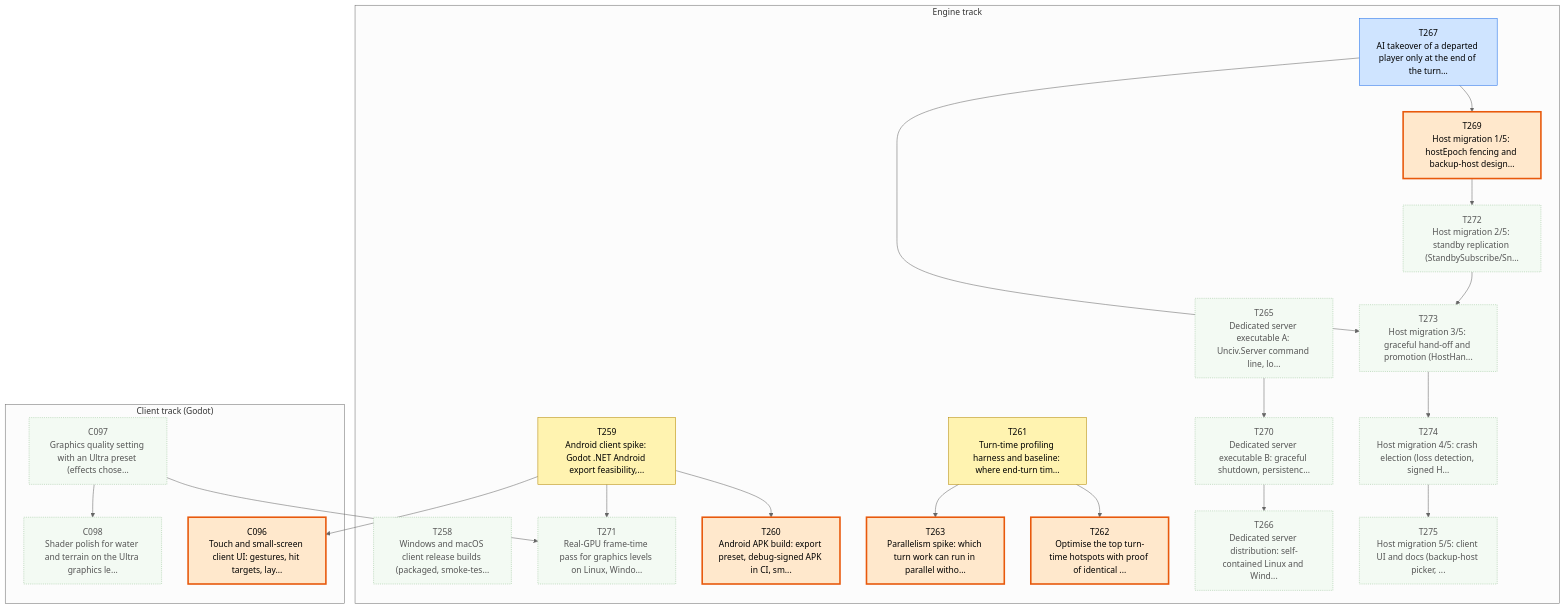
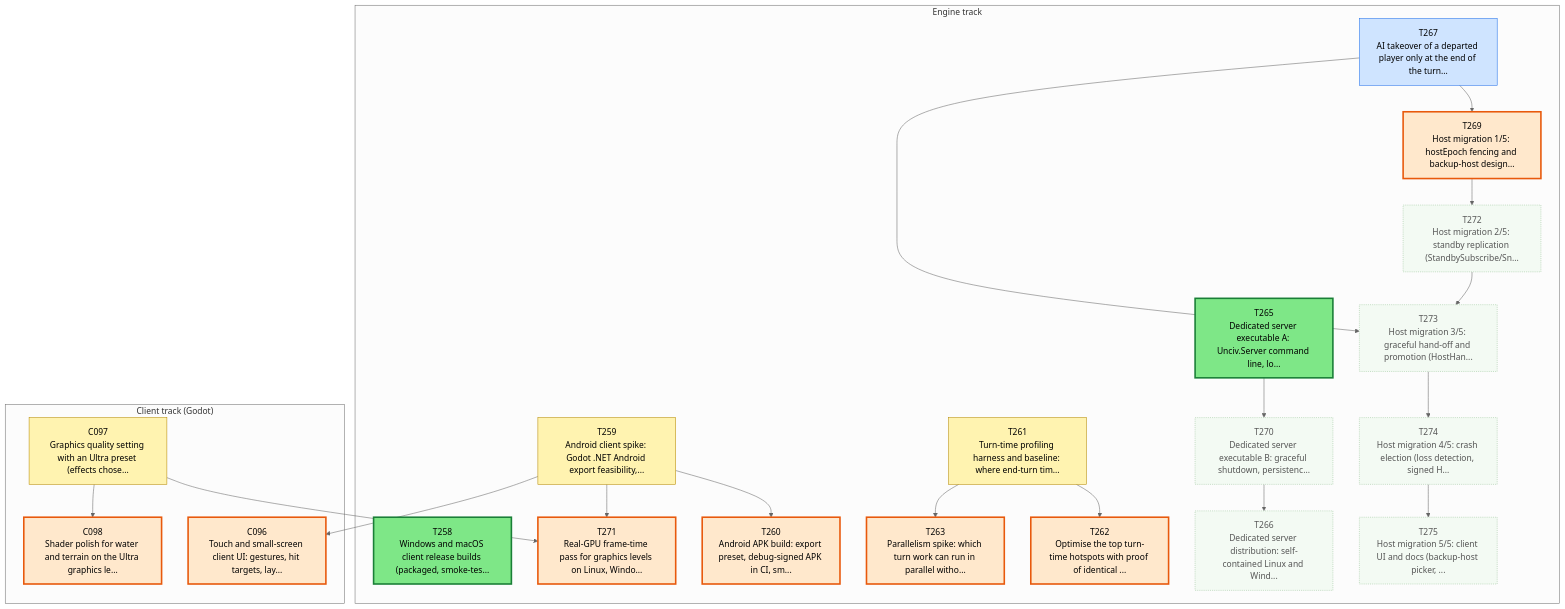
The first of 3 diagrams in csharp/migration/DEPENDENCY_MAP.md (Kenmura/Unciv), drawn with Mermaid (neutral theme) before and after one commit. The commit also changed other lines of this file and 1 other file, not shown here.

````diff
--- a/csharp/migration/DEPENDENCY_MAP.md
+++ b/csharp/migration/DEPENDENCY_MAP.md
@@ -35,67 +35,67 @@
 ```mermaid
 flowchart TD
   subgraph TTRACK["Engine track"]
     T258["T258<br/>Windows and macOS client release builds (packaged, smoke-tes..."]
     T259["T259<br/>Android client spike: Godot .NET Android export feasibility,..."]
     T260["T260<br/>Android APK build: export preset, debug-signed APK in CI, sm..."]
     T261["T261<br/>Turn-time profiling harness and baseline: where end-turn tim..."]
     T262["T262<br/>Optimise the top turn-time hotspots with proof of identical ..."]
     T263["T263<br/>Parallelism spike: which turn work can run in parallel witho..."]
     T265["T265<br/>Dedicated server executable A: Unciv.Server command line, lo..."]
     T266["T266<br/>Dedicated server distribution: self-contained Linux and Wind..."]
     T267["T267<br/>AI takeover of a departed player only at the end of the turn..."]
     T269["T269<br/>Host migration 1/5: hostEpoch fencing and backup-host design..."]
     T270["T270<br/>Dedicated server executable B: graceful shutdown, persistenc..."]
     T271["T271<br/>Real-GPU frame-time pass for graphics levels on Linux, Windo..."]
     T272["T272<br/>Host migration 2/5: standby replication (StandbySubscribe/Sn..."]
     T273["T273<br/>Host migration 3/5: graceful hand-off and promotion (HostHan..."]
     T274["T274<br/>Host migration 4/5: crash election (loss detection, signed H..."]
     T275["T275<br/>Host migration 5/5: client UI and docs (backup-host picker, ..."]
   end
   subgraph CTRACK["Client track (Godot)"]
     C096["C096<br/>Touch and small-screen client UI: gestures, hit targets, lay..."]
     C097["C097<br/>Graphics quality setting with an Ultra preset (effects chose..."]
     C098["C098<br/>Shader polish for water and terrain on the Ultra graphics le..."]
   end
   T259 --> T260
   T261 --> T262
   T261 --> T263
   T270 --> T266
   T267 --> T269
   T265 --> T270
   T259 --> T271
   C097 --> T271
   T269 --> T272
   T272 --> T273
   T267 --> T273
   T273 --> T274
   T274 --> T275
   T259 --> C096
   C097 --> C098
   classDef waiting fill:#f3faf3,stroke:#9bc49b,color:#555,stroke-dasharray:2 2
   classDef ondeck fill:#ffe8cc,stroke:#e8590c,stroke-width:3px,color:#000
   classDef ready fill:#7ee787,stroke:#1a7f37,stroke-width:3px,color:#000
   classDef prog fill:#fff3b0,stroke:#b58900,color:#000
   classDef review fill:#cfe4ff,stroke:#1f6feb,color:#000
   classDef blocked fill:#ffd6d6,stroke:#c62828,color:#000
   classDef done fill:#eeeeee,stroke:#999999,color:#666,stroke-dasharray:4 3
   class C096 ondeck
-  class C097 waiting
-  class C098 waiting
-  class T258 waiting
+  class C097 prog
+  class C098 ondeck
+  class T258 ready
   class T259 prog
   class T260 ondeck
   class T261 prog
   class T262 ondeck
   class T263 ondeck
-  class T265 waiting
+  class T265 ready
   class T266 waiting
   class T267 review
   class T269 ondeck
   class T270 waiting
-  class T271 waiting
+  class T271 ondeck
   class T272 waiting
   class T273 waiting
   class T274 waiting
   class T275 waiting
 ```
````
